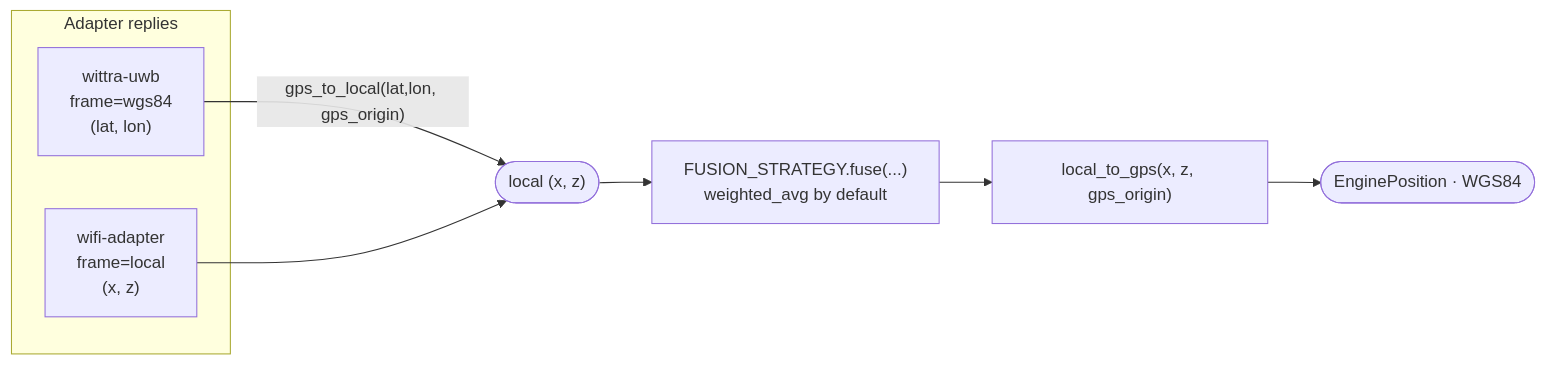
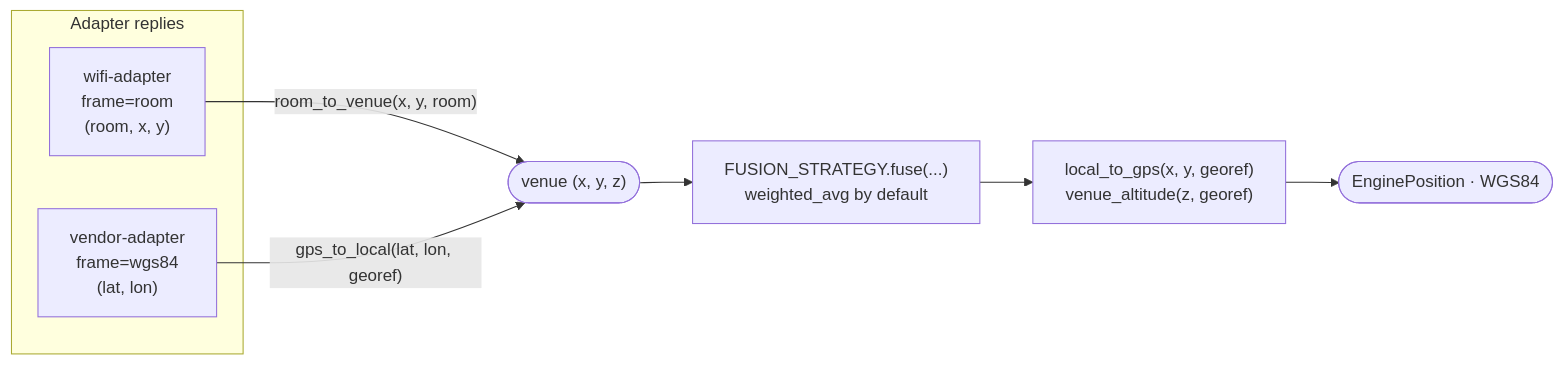
One commit to Jacobbista/5g-northbound changed the sixth of 6 diagrams in docs/architecture.md. Above: the diagram before and after it, drawn with Mermaid. The commit also changed other lines of this file and 100 other files, not shown here.

First line of the commit message:
feat: one venue frame for every contract, and height only when measured

````diff
--- a/docs/architecture.md
+++ b/docs/architecture.md
@@ -266,12 +270,12 @@
 ```mermaid
 flowchart LR
   subgraph in[Adapter replies]
-    L["wifi-adapter<br/>frame=local<br/>(x, z)"]
-    G["wittra-uwb<br/>frame=wgs84<br/>(lat, lon)"]
+    R["wifi-adapter<br/>frame=room<br/>(room, x, y)"]
+    G["vendor-adapter<br/>frame=wgs84<br/>(lat, lon)"]
   end
-  G -- "gps_to_local(lat,lon, gps_origin)" --> N(["local (x, z)"])
-  L --> N
+  R -- "room_to_venue(x, y, room)" --> N(["venue (x, y, z)"])
+  G -- "gps_to_local(lat, lon, georef)" --> N
   N --> F["FUSION_STRATEGY.fuse(...)<br/>weighted_avg by default"]
-  F --> P["local_to_gps(x, z, gps_origin)"]
+  F --> P["local_to_gps(x, y, georef)<br/>venue_altitude(z, georef)"]
   P --> OUT([EnginePosition · WGS84])
 ```
````
